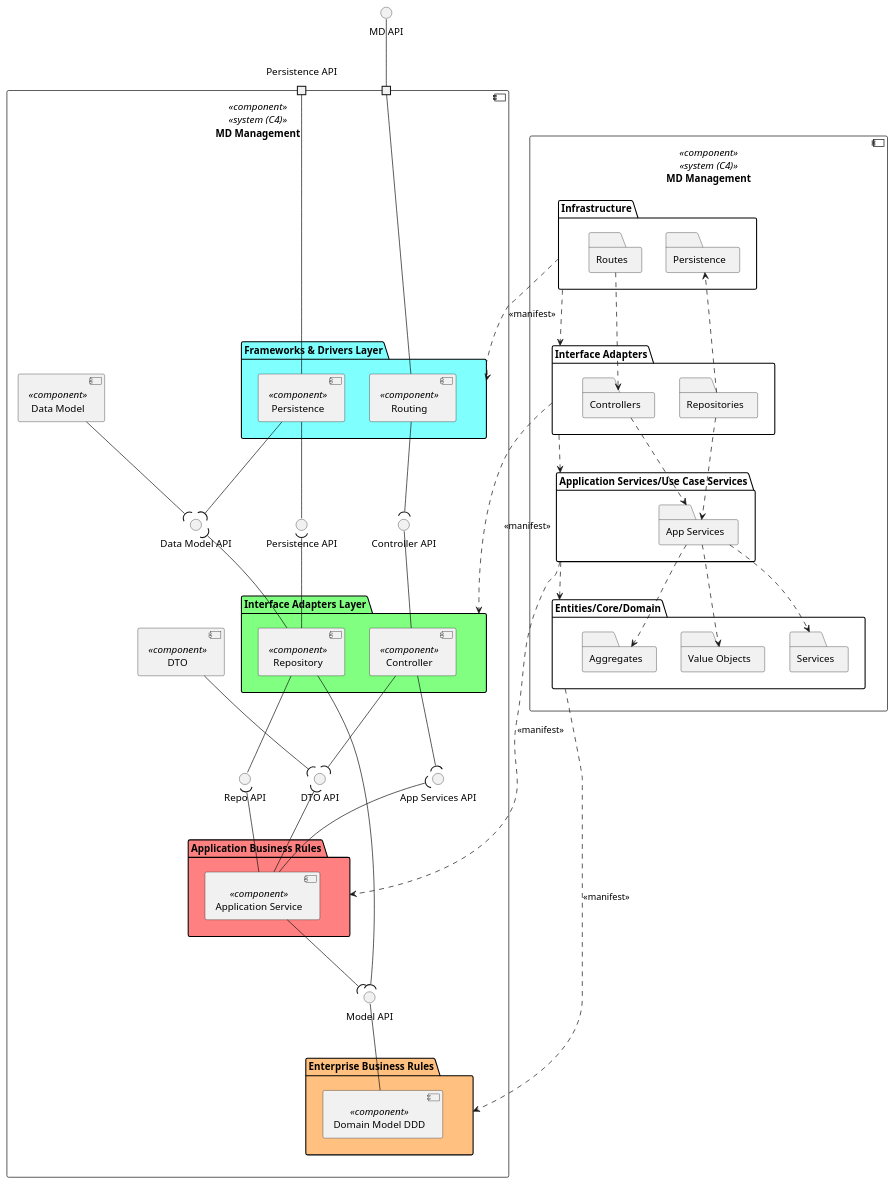
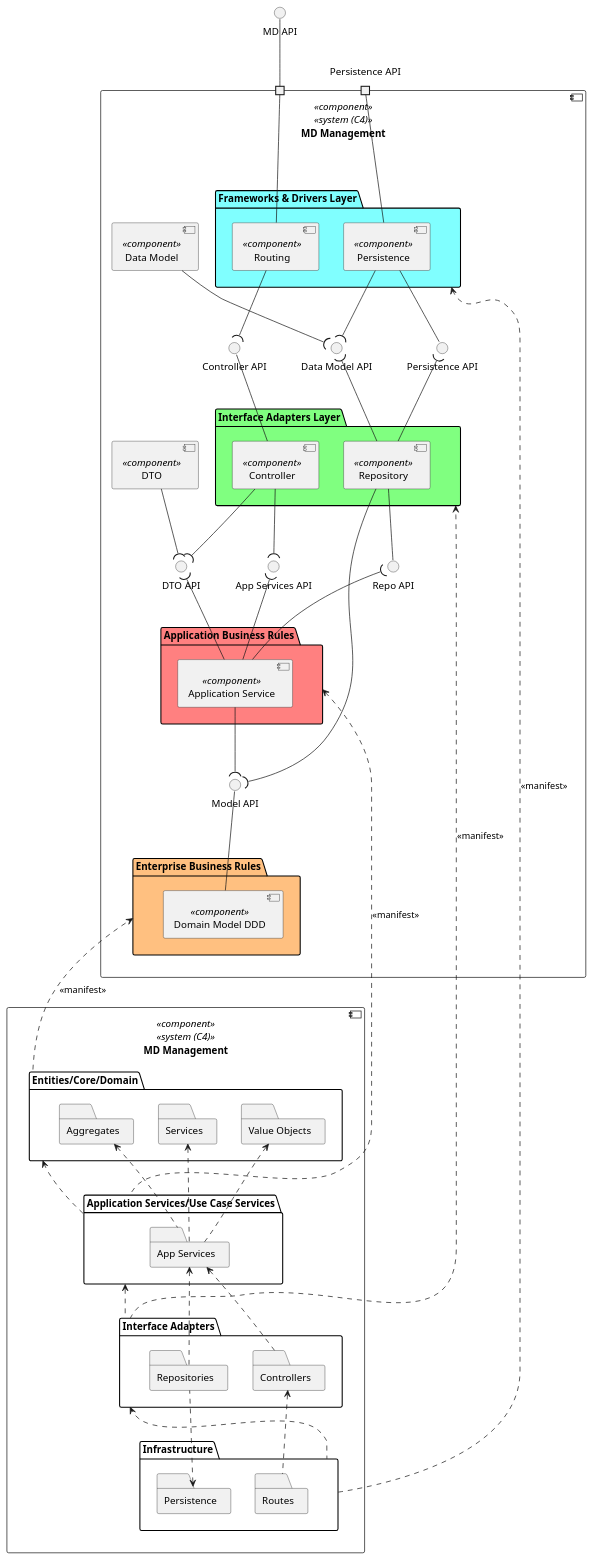
The diagram in _wiki/views/mapping/level-3/lv-iv.puml (miseEnPlace-dev/lapr5), drawn with PlantUML before and after one commit. The commit also changed 2 other files, not shown here.

```diff
--- a/_wiki/views/mapping/level-3/lv-iv.puml
+++ b/_wiki/views/mapping/level-3/lv-iv.puml
@@ -1,118 +1,116 @@
 @startuml lv-iv
-
-top to bottom direction
 
 interface "MD API" as API
 
 component "MD Management" as MDM <<component>> <<system (C4)>> {
   portin " " as P1
   portin "Persistence API" as P2
 
   Interface "Controller API" as CTRL_API
   Interface "Data Model API" as DATA_API
 
 
   folder "Frameworks & Drivers Layer" as FDL #80FFFF {
     component "Routing" as ROUTE <<component>> {
     }
     component "Persistence" as PERSISTENCE <<component>> {
     }
   }
 
   component "Data Model" as DATA <<component>> {
   }
   component "DTO" as DTO <<component>> {
   }
 
   Interface "App Services API" AS SRV_API
   Interface "DTO API" AS DTO_API
   Interface "Repo API" AS REPO_API
   Interface "Model API" AS MODEL_API
   Interface "Persistence API" AS PERSISTENCE_API
 
   folder "Interface Adapters Layer" as IAL #80FF80 {
     component "Controller" as CTRL <<component>> {
     }
     component "Repository" as REPO <<component>> {
     }
   }
 
   folder "Application Business Rules" as ABR #FF8080 {
     component "Application Service" as SRV <<component>> {
     }
   }
 
   folder "Enterprise Business Rules" as EBR #FFC080 {
     component "Domain Model DDD" as MODEL <<component>> {
     }
   }
 }
 
 API -- P1
 
 ROUTE --- P1
 PERSISTENCE -- P2
 
 ROUTE --( CTRL_API
 CTRL -up- CTRL_API
 PERSISTENCE -- PERSISTENCE_API
 REPO -up-( PERSISTENCE_API 
 PERSISTENCE --( DATA_API 
 REPO -up-( DATA_API 
 DATA --( DATA_API 
 
 CTRL --( SRV_API
 SRV -up-( SRV_API
 SRV -up-( DTO_API
 CTRL --( DTO_API
 DTO --( DTO_API
 
 REPO -- REPO_API
 SRV -up-( REPO_API 
 
 SRV --( MODEL_API 
 REPO --( MODEL_API 
 MODEL -up- MODEL_API 
 
 ' ---------------------
 
 component "MD Management" as MDM2 <<component>> <<system (C4)>> {
   folder Infrastructure as I2 {
     folder Persistence as PERS2
     folder Routes as ROUTE2
   }
 
   folder "Interface Adapters" as IA2 {
     folder Controllers as CTRL2
     folder Repositories as REPO2
   }
 
   folder "Application Services/Use Case Services" as UC2 {
     folder "App Services" as APP2
   }
 
   folder "Entities/Core/Domain" as E2 {
     folder "Aggregates" as AGG2 
     folder "Value Objects" as VO2
     folder "Services" as SRV2
   }
 }
 
-ROUTE2 ..> CTRL2
-REPO2 ..> PERS2
-CTRL2 ..> APP2
-REPO2 ..> APP2
-APP2 ..> AGG2
-APP2 ..> VO2
-APP2 ..> SRV2
+ROUTE2 .up.> CTRL2
+REPO2 .up.> PERS2
+CTRL2 .up.> APP2
+REPO2 .up.> APP2
+APP2 .up.> AGG2
+APP2 .up.> VO2
+APP2 .up.> SRV2
 
-I2 ..> IA2
-IA2 ..> UC2
-UC2 ..> E2
+I2 .up.> IA2
+IA2 .up.> UC2
+UC2 .up.> E2
 
-I2 ..> FDL : <<manifest>>
-IA2 ..> IAL : <<manifest>>
-UC2 ..> ABR : <<manifest>>
-E2 ..> EBR : <<manifest>>
+I2 .up.> FDL : <<manifest>>
+IA2 .up.> IAL : <<manifest>>
+UC2 .up.> ABR : <<manifest>>
+E2 .up.> EBR : <<manifest>>
 
 @enduml
```
